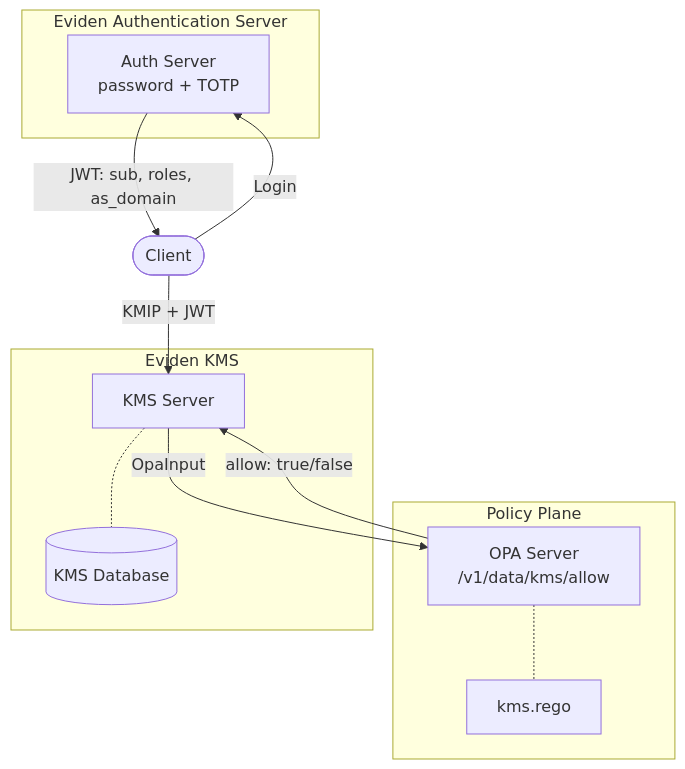
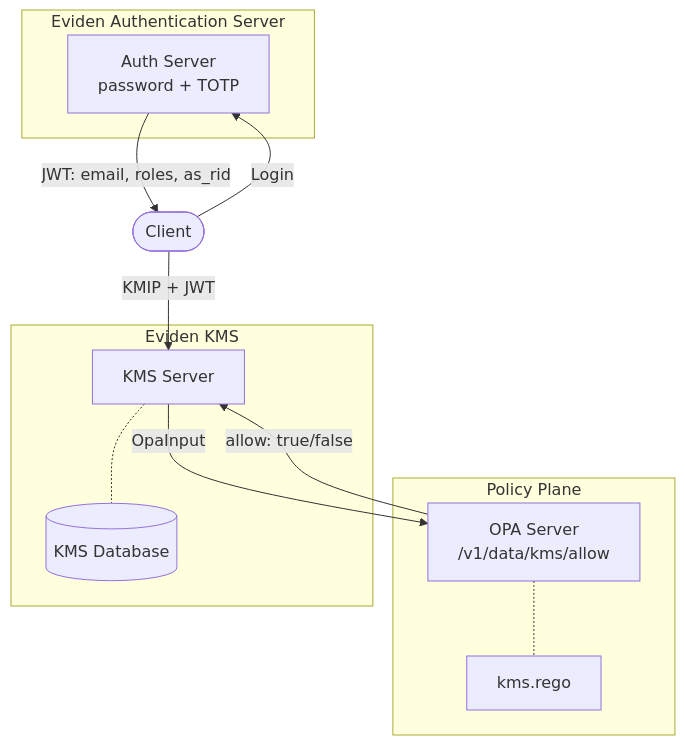
One commit to Cosmian/kms changed the second of 2 diagrams in documentation/docs/configuration/authorization/index.md. Above: the diagram before and after it, drawn with Mermaid. The commit also changed other lines of this file and 12 other files, not shown here.

````diff
--- a/documentation/docs/configuration/authorization/index.md
+++ b/documentation/docs/configuration/authorization/index.md
@@ -78,26 +92,26 @@
 ```mermaid
 flowchart TB
     subgraph AuthPlane["Eviden Authentication Server"]
         AuthSrv["Auth Server<br/>password + TOTP"]
     end
 
     subgraph PolicyPlane["Policy Plane"]
         OPA["OPA Server<br/>/v1/data/kms/allow"]
         Rego["kms.rego"]
         OPA -.- Rego
     end
 
     subgraph KMSPlane["Eviden KMS"]
         KMS["KMS Server"]
         DB[("KMS Database")]
         KMS -.- DB
     end
 
     U(["Client"])
 
     U -->|"Login"| AuthSrv
-    AuthSrv -->|"JWT: sub, roles, as_domain"| U
+    AuthSrv -->|"JWT: email, roles, as_rid"| U
     U -->|"KMIP + JWT"| KMS
     KMS -->|"OpaInput"| OPA
     OPA -->|"allow: true/false"| KMS
 ```
````
